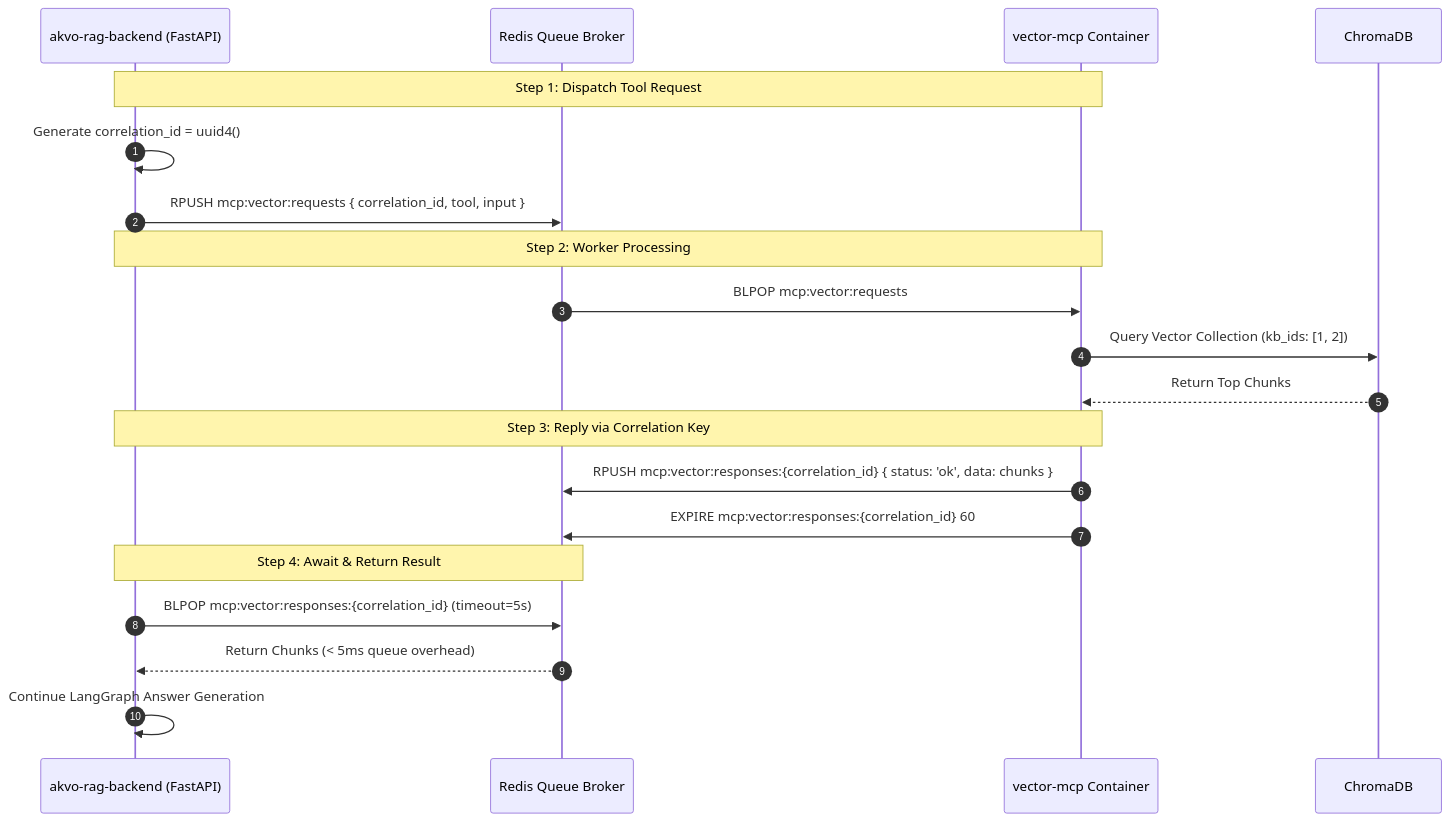
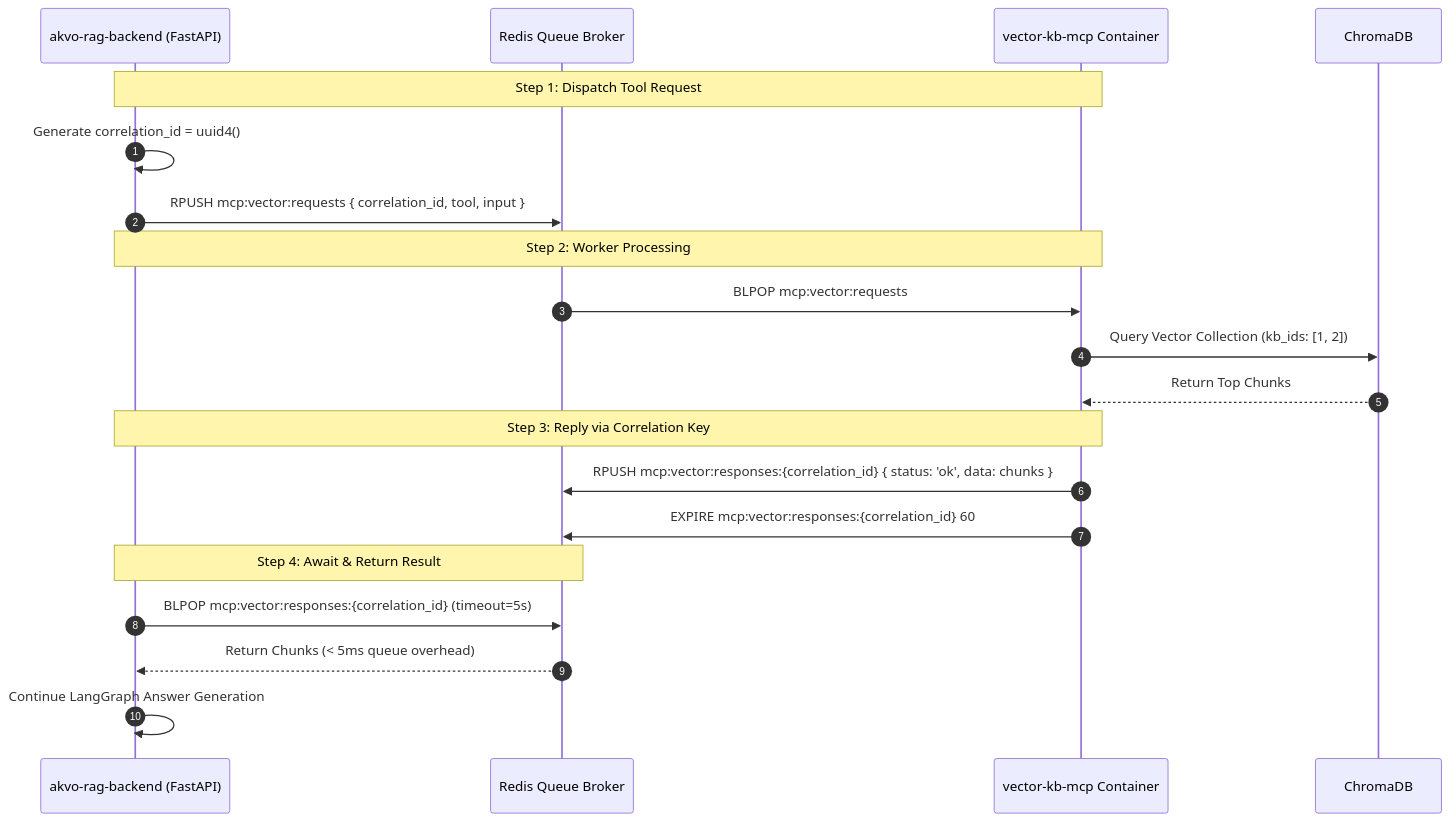
Before and after one commit to akvo/akvo-rag: the fifth of 8 diagrams in docs/lld/container_based_rag_platform_lld.md, drawn with Mermaid. The commit also changed other lines of this file, not shown here.

Commit message:
docs(lld): align container naming to vector-kb-mcp and clarify multi-schema PostgreSQL ownership

````diff
--- a/docs/lld/container_based_rag_platform_lld.md
+++ b/docs/lld/container_based_rag_platform_lld.md
@@ -388,26 +388,26 @@
 ```mermaid
 sequenceDiagram
     autonumber
     participant RAG as akvo-rag-backend (FastAPI)
     participant Redis as Redis Queue Broker
-    participant Worker as vector-mcp Container
+    participant Worker as vector-kb-mcp Container
     participant Chroma as ChromaDB
 
     Note over RAG, Worker: Step 1: Dispatch Tool Request
     RAG->>RAG: Generate correlation_id = uuid4()
     RAG->>Redis: RPUSH mcp:vector:requests { correlation_id, tool, input }
     
     Note over RAG, Worker: Step 2: Worker Processing
     Redis->>Worker: BLPOP mcp:vector:requests
     Worker->>Chroma: Query Vector Collection (kb_ids: [1, 2])
     Chroma-->>Worker: Return Top Chunks
     
     Note over Worker, RAG: Step 3: Reply via Correlation Key
     Worker->>Redis: RPUSH mcp:vector:responses:{correlation_id} { status: 'ok', data: chunks }
     Worker->>Redis: EXPIRE mcp:vector:responses:{correlation_id} 60
     
     Note over RAG, Redis: Step 4: Await & Return Result
     RAG->>Redis: BLPOP mcp:vector:responses:{correlation_id} (timeout=5s)
     Redis-->>RAG: Return Chunks (< 5ms queue overhead)
     RAG->>RAG: Continue LangGraph Answer Generation
 ```
````
